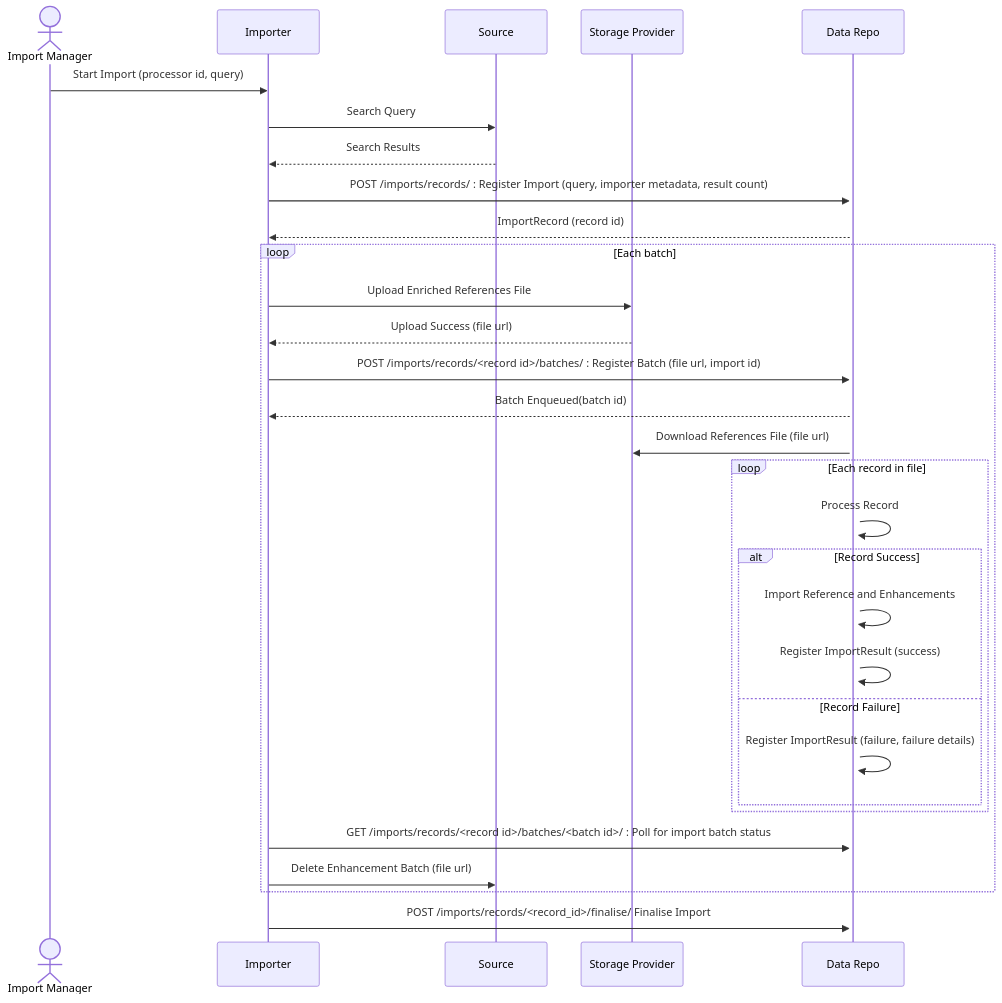
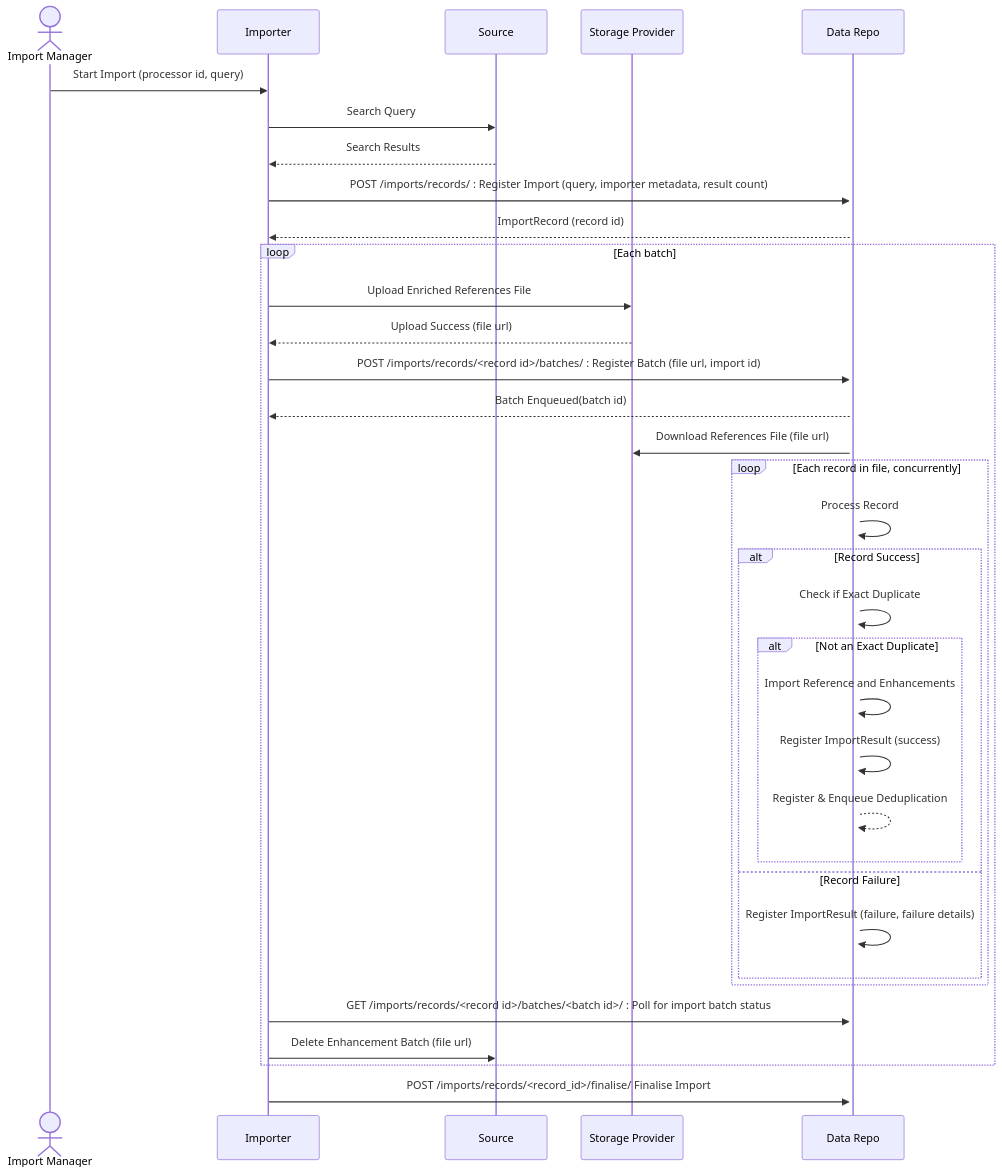
One commit to destiny-evidence/destiny-repository changed the first of 2 diagrams in docs/procedures/batch-importing.rst. Above: the diagram before and after it, drawn with Mermaid. The commit also changed other lines of this file and 21 other files, not shown here.

```diff
--- a/docs/procedures/batch-importing.rst
+++ b/docs/procedures/batch-importing.rst
@@ -13,32 +13,36 @@
 .. mermaid::
 
     sequenceDiagram
         actor M as Import Manager
         participant I as Importer
         participant S as Source
         participant SP as Storage Provider
         participant R as Data Repo
         M ->> I: Start Import (processor id, query)
         I ->> S: Search Query
         S -->> I: Search Results
         I ->>+ R: POST /imports/records/ : Register Import (query, importer metadata, result count)
         R -->> I: ImportRecord (record id)
         loop Each batch
             I ->> SP: Upload Enriched References File
             SP -->> I: Upload Success (file url)
             I ->>+ R: POST /imports/records/<record id>/batches/ : Register Batch (file url, import id)
             R -->> I: Batch Enqueued(batch id)
             R ->> SP: Download References File (file url)
-            loop Each record in file
+            loop Each record in file, concurrently
                 R ->> R: Process Record
                 alt Record Success
-                    R ->> R: Import Reference and Enhancements
-                    R ->> R: Register ImportResult (success)
+                    R ->> R: Check if Exact Duplicate
+                    alt Not an Exact Duplicate
+                        R ->> R: Import Reference and Enhancements
+                        R ->> R: Register ImportResult (success)
+                        R -->> R: Register & Enqueue Deduplication
+                    end
                 else Record Failure
                     R ->> R: Register ImportResult (failure, failure details)
                 end
             end
             I ->>R: GET /imports/records/<record id>/batches/<batch id>/ : Poll for import batch status
             I ->> S: Delete Enhancement Batch (file url)
         end
         I ->> R: POST /imports/records/<record_id>/finalise/ Finalise Import
```
